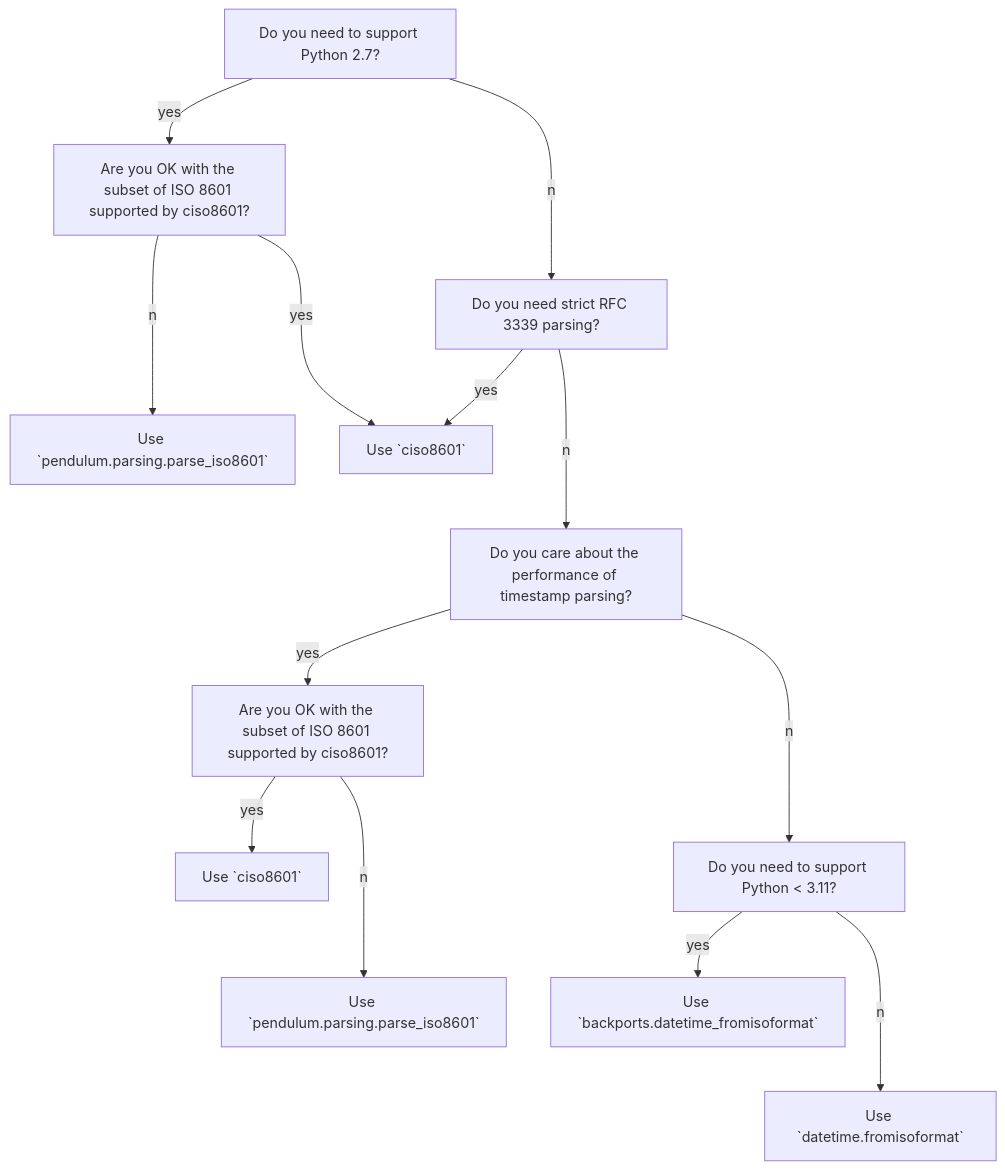
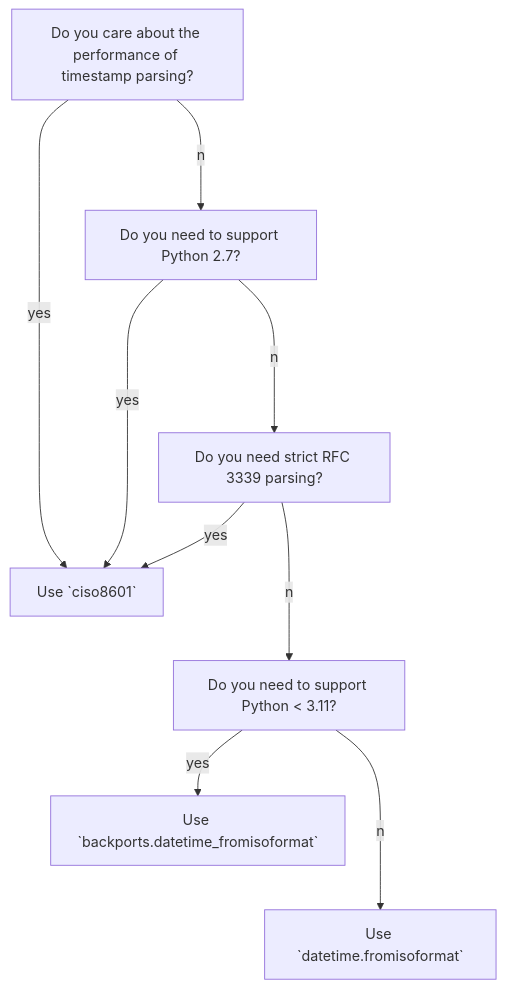
The diagram in why_ciso8601.md (closeio/ciso8601), drawn with Mermaid before and after one commit. The commit also changed other lines of this file and 3 other files, not shown here.

````diff
--- a/why_ciso8601.md
+++ b/why_ciso8601.md
@@ -15,33 +14,22 @@
 ```mermaid
 graph TD;
+    A[Do you care about the performance of timestamp parsing?]
+    A--yes-->Y;
+    A--no-->C;
+
     C[Do you need to support Python 2.7?];
-    C--yes-->DD
+    C--yes-->Y
     C--no-->E
 
     E[Do you need strict RFC 3339 parsing?];
-    E--yes-->YY;
-    E--no-->AA;
-
-    AA[Do you care about the performance of timestamp parsing?]
-    AA--yes-->D;
-    AA--no-->H;
+    E--yes-->Y;
+    E--no-->H;
 
     H[Do you need to support Python < 3.11?]
     H--yes-->V;
     H--no-->Z;
 
-    DD[Are you OK with the subset of ISO 8601 supported by ciso8601?]
-    DD--no-->WW;
-    DD--yes-->YY;
-
-    D[Are you OK with the subset of ISO 8601 supported by ciso8601?]
-    D--yes-->Y;
-    D--no-->W;
-
     V[Use `backports.datetime_fromisoformat`]
-    W[Use `pendulum.parsing.parse_iso8601`]
-    WW[Use `pendulum.parsing.parse_iso8601`]
     Y[Use `ciso8601`]
-    YY[Use `ciso8601`]
     Z[Use `datetime.fromisoformat`]
 ```
````
